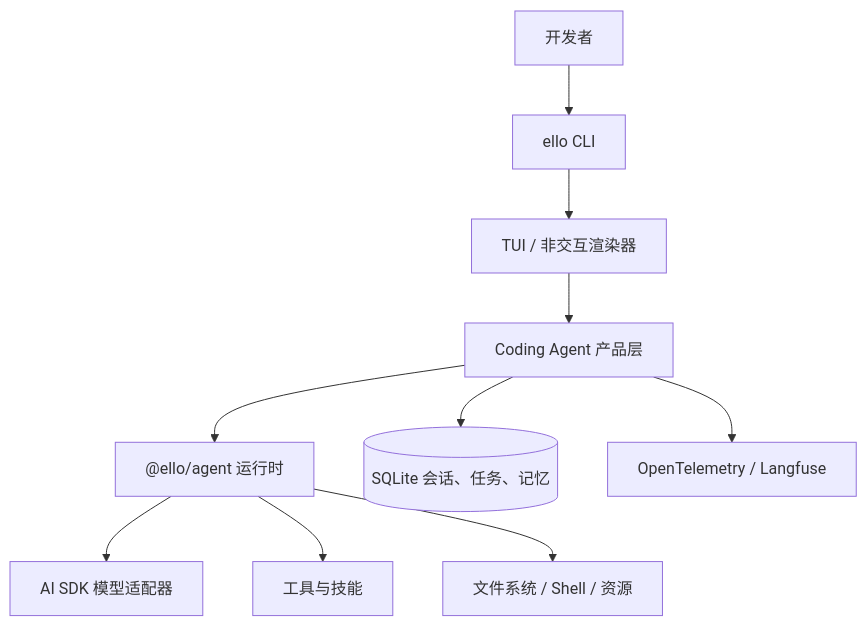
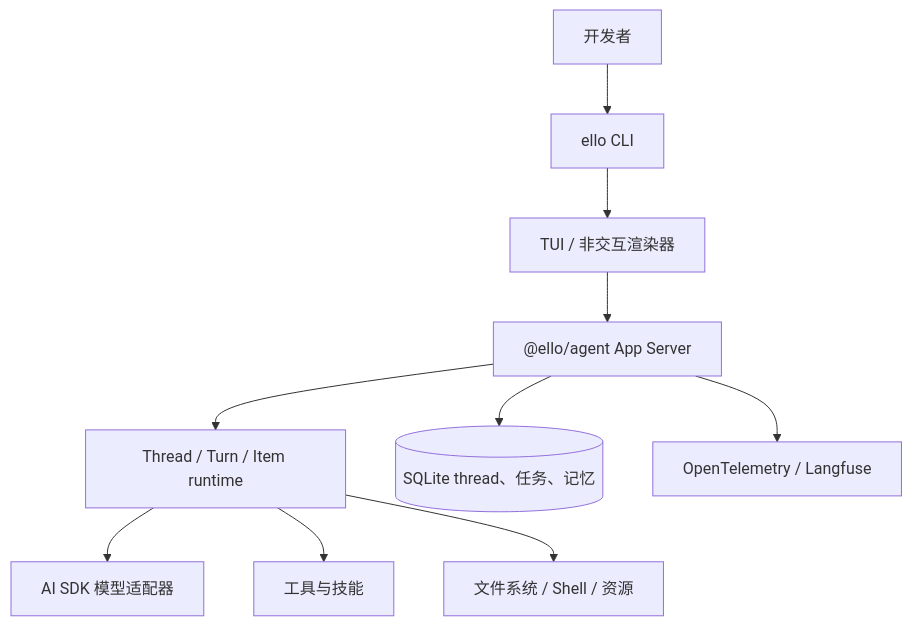
Before and after one commit to LunaY77/ello: the diagram in README-zh.md, drawn with Mermaid. The commit also changed other lines of this file and 673 other files, not shown here.

Commit message:
Breaking Changes: Introducing Client/Server Architecture For Ello Agent (#10)

````diff
--- a/README-zh.md
+++ b/README-zh.md
@@ -14,12 +14,12 @@
 ```mermaid
 flowchart TD
   User[开发者] --> CLI[ello CLI]
   CLI --> TUI[TUI / 非交互渲染器]
-  TUI --> Product[Coding Agent 产品层]
-  Product --> Runtime["@ello/agent 运行时"]
+  TUI --> Server["@ello/agent App Server"]
+  Server --> Runtime[Thread / Turn / Item runtime]
   Runtime --> Model[AI SDK 模型适配器]
   Runtime --> Tools[工具与技能]
   Runtime --> Env[文件系统 / Shell / 资源]
-  Product --> Storage[(SQLite 会话、任务、记忆)]
-  Product --> Telemetry[OpenTelemetry / Langfuse]
+  Server --> Storage[(SQLite thread、任务、记忆)]
+  Server --> Telemetry[OpenTelemetry / Langfuse]
 ```
````
